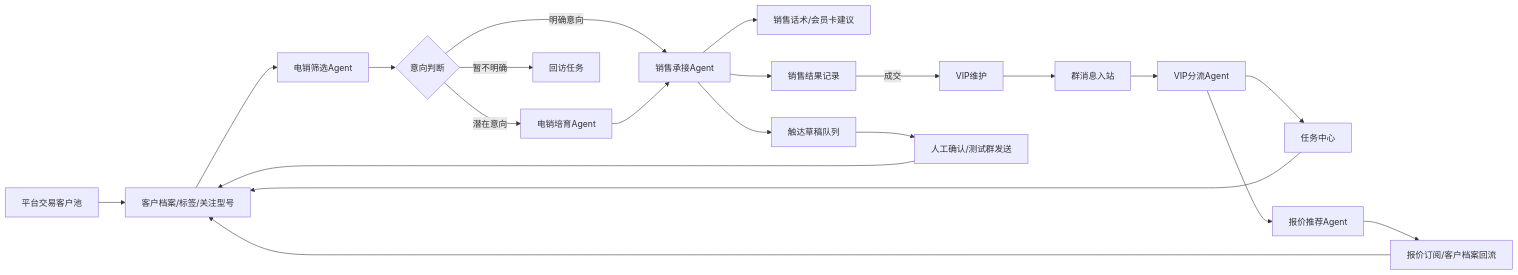
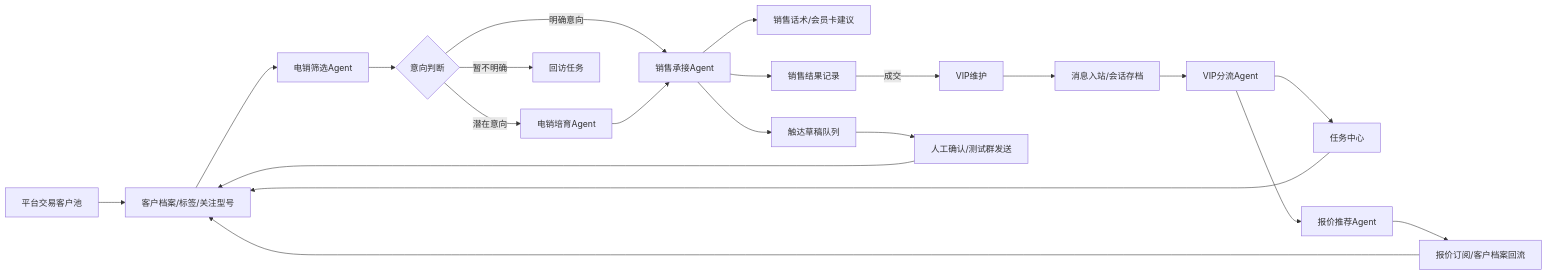
The first of 2 diagrams in README.md (JUJUJUN313/customer-ops-agent-console), drawn with Mermaid before and after one commit. The commit also changed other lines of this file and 19 other files, not shown here.

````diff
--- a/README.md
+++ b/README.md
@@ -58,23 +58,23 @@
 ```mermaid
 flowchart LR
   A["平台交易客户池"] --> B["客户档案/标签/关注型号"]
   B --> C["电销筛选Agent"]
   C --> D{"意向判断"}
   D -->|"明确意向"| E["销售承接Agent"]
   D -->|"潜在意向"| F["电销培育Agent"]
   D -->|"暂不明确"| G["回访任务"]
   F --> E
   E --> H["销售话术/会员卡建议"]
   E --> I["触达草稿队列"]
   E --> J["销售结果记录"]
   J -->|"成交"| K["VIP维护"]
-  K --> L["群消息入站"]
+  K --> L["消息入站/会话存档"]
   L --> M["VIP分流Agent"]
   M --> N["任务中心"]
   M --> O["报价推荐Agent"]
   O --> P["报价订阅/客户档案回流"]
   P --> B
   N --> B
   I --> Q["人工确认/测试群发送"]
   Q --> B
 ```
````
